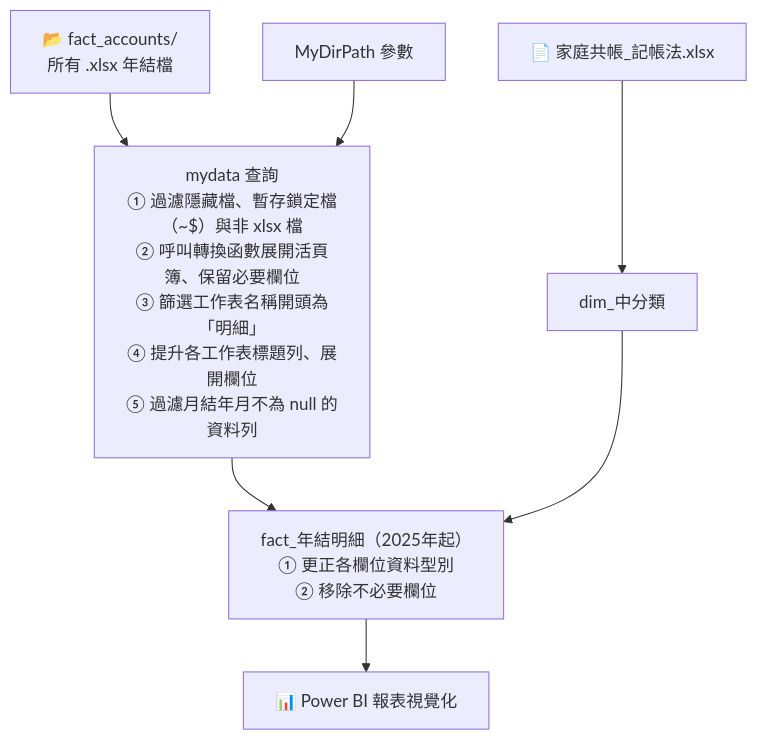
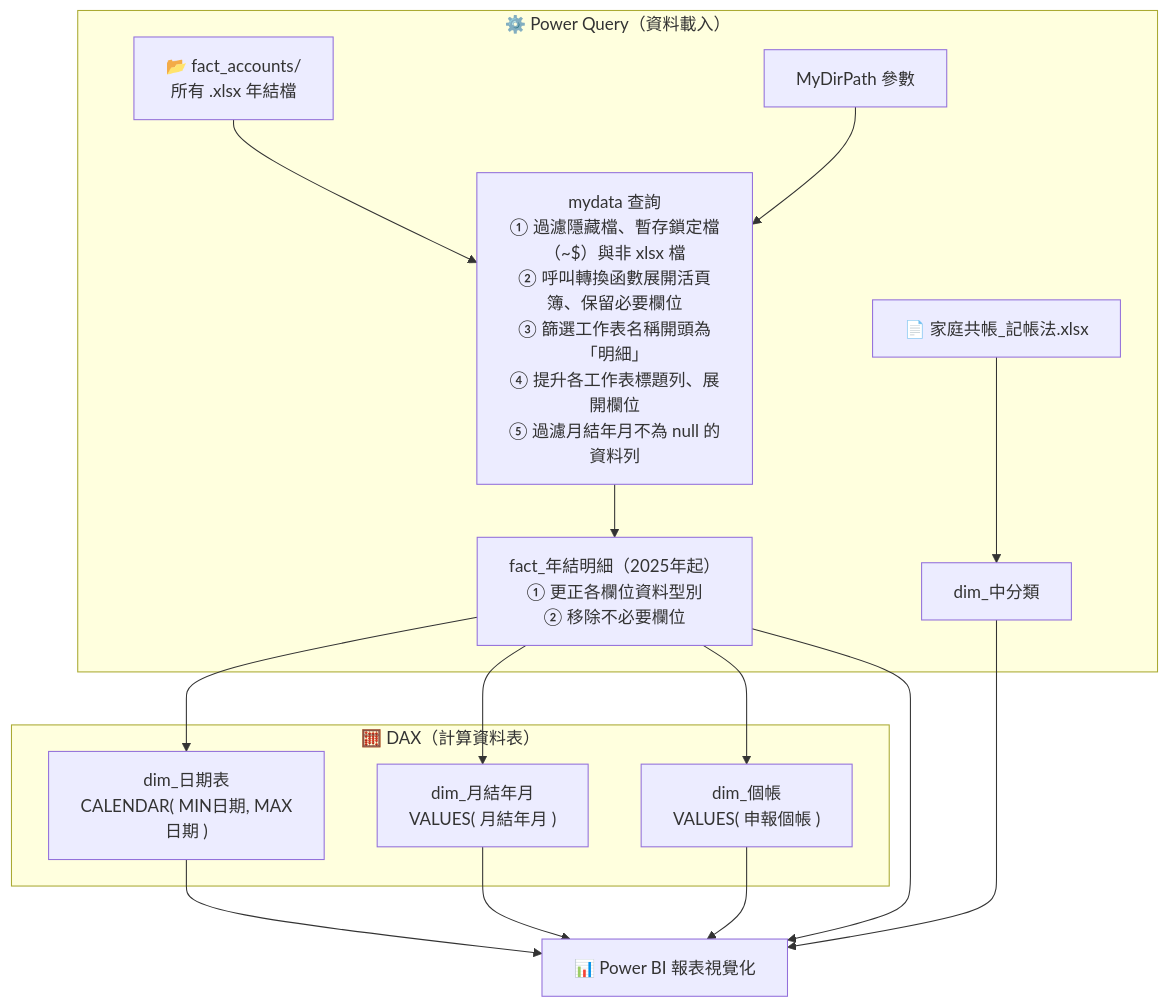
The first of 2 diagrams in BI_design/README_finance.md (RogerRJSiao/BI), drawn with Mermaid before and after one commit. The commit also changed other lines of this file, not shown here.

Commit message:
docs(BI-finance): add DAX calculated tables to ETL architecture section
在查詢清單新增「層」欄位區分 PQ / DAX，
補入三張 DAX 計算資料表（dim_日期表、dim_月結年月、dim_個帳）；
flowchart 以 subgraph 分隔 PQ 與 DAX 兩個處理階段，
並將所有維度表與事實表的最終流向統一指向報表視覺化。

````diff
--- a/BI_design/README_finance.md
+++ b/BI_design/README_finance.md
@@ -60,13 +63,22 @@
 ```mermaid
 flowchart TD
-    A["📂 fact_accounts/\n所有 .xlsx 年結檔"] --> M
-    B["MyDirPath 參數"] --> M
-    C["📄 家庭共帳_記帳法.xlsx"] --> D["dim_中分類"]
+    subgraph PQ["⚙️ Power Query（資料載入）"]
+        A["📂 fact_accounts/\n所有 .xlsx 年結檔"] --> M
+        B["MyDirPath 參數"] --> M
+        C["📄 家庭共帳_記帳法.xlsx"] --> D["dim_中分類"]
+        M["mydata 查詢\n① 過濾隱藏檔、暫存鎖定檔（~$）與非 xlsx 檔\n② 呼叫轉換函數展開活頁簿、保留必要欄位\n③ 篩選工作表名稱開頭為「明細」\n④ 提升各工作表標題列、展開欄位\n⑤ 過濾月結年月不為 null 的資料列"] --> F
+        F["fact_年結明細（2025年起）\n① 更正各欄位資料型別\n② 移除不必要欄位"]
+    end
 
-    M["mydata 查詢\n① 過濾隱藏檔、暫存鎖定檔（~$）與非 xlsx 檔\n② 呼叫轉換函數展開活頁簿、保留必要欄位\n③ 篩選工作表名稱開頭為「明細」\n④ 提升各工作表標題列、展開欄位\n⑤ 過濾月結年月不為 null 的資料列"]
+    subgraph DAX["🧮 DAX（計算資料表）"]
+        F --> DA["dim_日期表\nCALENDAR( MIN日期, MAX日期 )"]
+        F --> DB["dim_月結年月\nVALUES( 月結年月 )"]
+        F --> DC["dim_個帳\nVALUES( 申報個帳 )"]
+    end
 
-    M --> F["fact_年結明細（2025年起）\n① 更正各欄位資料型別\n② 移除不必要欄位"]
-    D --> F
-
-    F --> G["📊 Power BI 報表視覺化"]
+    F  --> G["📊 Power BI 報表視覺化"]
+    D  --> G
+    DA --> G
+    DB --> G
+    DC --> G
 ```
````
